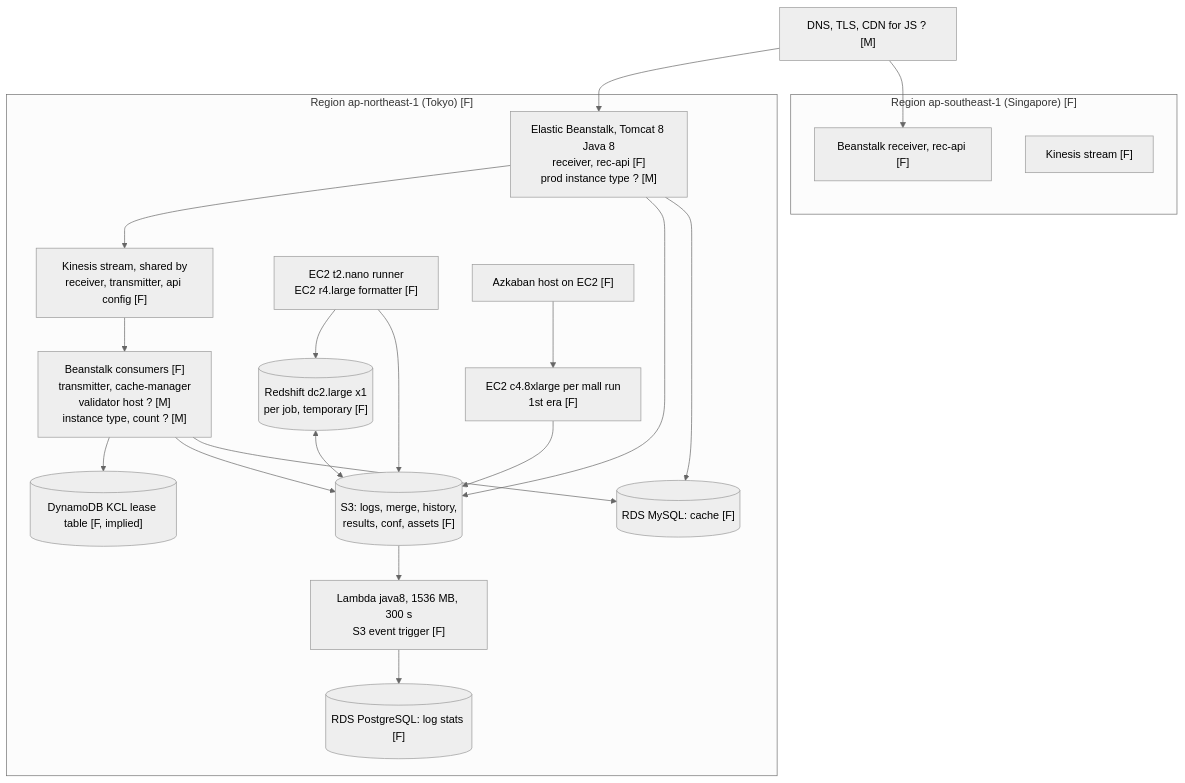
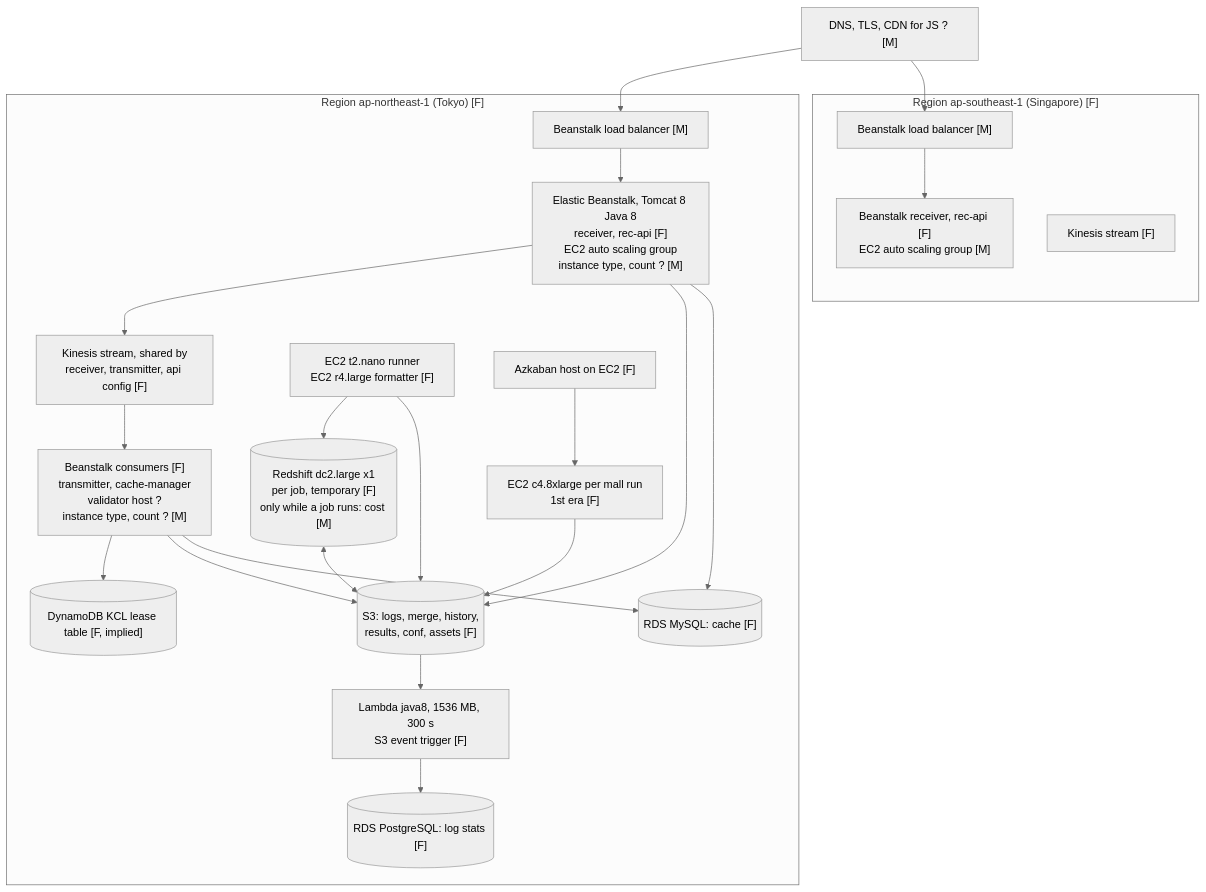
One commit to intothedeep/project-tradelunch-blog changed the second of 6 diagrams in recobell-series.design.md. Above: the diagram before and after it, drawn with Mermaid (neutral theme). The commit also changed other lines of this file and 1 other file, not shown here.

Commit message:
docs(rs): Recobell design rev3 (company group kept, title, owner facts), D-row #130

````diff
--- a/recobell-series.design.md
+++ b/recobell-series.design.md
@@ -221,35 +289,37 @@
 ```mermaid
 flowchart TB
   subgraph R1["Region ap-northeast-1 (Tokyo) [F]"]
-    EB1["Elastic Beanstalk, Tomcat 8 Java 8<br/>receiver, rec-api [F]<br/>prod instance type ? [M]"]
+    LB1["Beanstalk load balancer [M]"]
+    EB1["Elastic Beanstalk, Tomcat 8 Java 8<br/>receiver, rec-api [F]<br/>EC2 auto scaling group<br/>instance type, count ? [M]"]
     KIN["Kinesis stream, shared by<br/>receiver, transmitter, api config [F]"]
     DDB[("DynamoDB KCL lease table [F, implied]")]
-    EC2c["Beanstalk consumers [F]<br/>transmitter, cache-manager<br/>validator host ? [M]<br/>instance type, count ? [M]"]
+    EC2c["Beanstalk consumers [F]<br/>transmitter, cache-manager<br/>validator host ?<br/>instance type, count ? [M]"]
     L["Lambda java8, 1536 MB, 300 s<br/>S3 event trigger [F]"]
     S3[("S3: logs, merge, history,<br/>results, conf, assets [F]")]
     RDSm[("RDS MySQL: cache [F]")]
     RDSp[("RDS PostgreSQL: log stats [F]")]
-    RSH[("Redshift dc2.large x1<br/>per job, temporary [F]")]
+    RSH[("Redshift dc2.large x1<br/>per job, temporary [F]<br/>only while a job runs: cost [M]")]
     EC2r["EC2 t2.nano runner<br/>EC2 r4.large formatter [F]"]
     AZ["Azkaban host on EC2 [F]"]
     EC2e["EC2 c4.8xlarge per mall run<br/>1st era [F]"]
   end
   subgraph R2["Region ap-southeast-1 (Singapore) [F]"]
-    EB2["Beanstalk receiver, rec-api [F]"]
+    LB2["Beanstalk load balancer [M]"]
+    EB2["Beanstalk receiver, rec-api [F]<br/>EC2 auto scaling group [M]"]
     KIN2["Kinesis stream [F]"]
   end
   DNS["DNS, TLS, CDN for JS ? [M]"]
-  DNS --> EB1
-  DNS --> EB2
+  DNS --> LB1 --> EB1
+  DNS --> LB2 --> EB2
   EB1 --> KIN --> EC2c
   EC2c --> DDB
   EC2c --> S3
   EC2c --> RDSm
   S3 --> L --> RDSp
   AZ --> EC2e --> S3
   RSH <--> S3
   EC2r --> RSH
   EC2r --> S3
   EB1 --> S3
   EB1 --> RDSm
 ```
````
